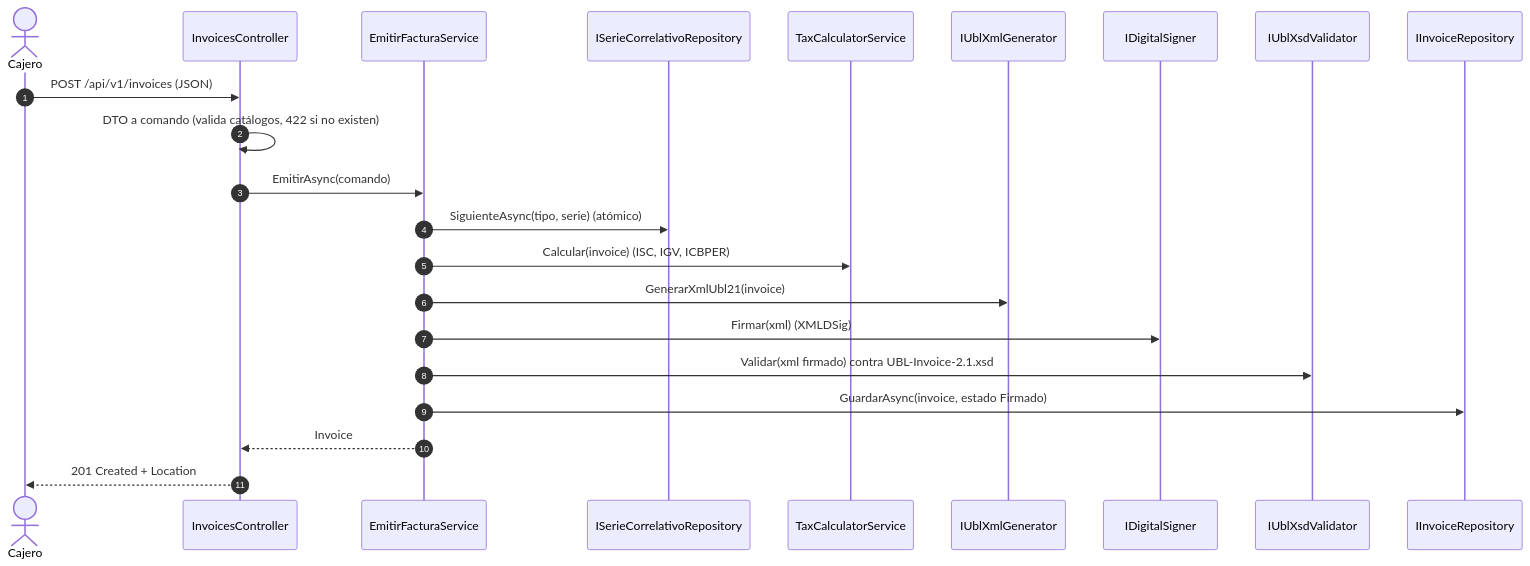
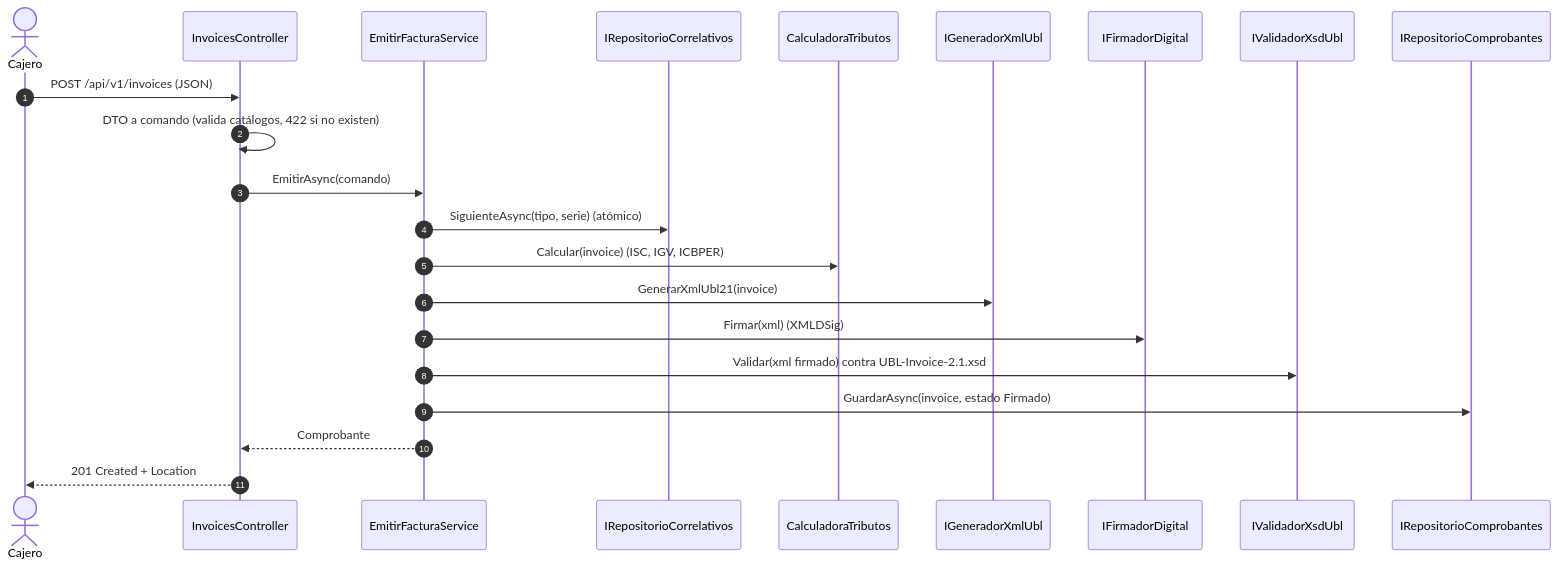
The third of 3 diagrams in ESPECIFICACION_TECNICA_UBL_ABC.md (larzyor/medio_curso_arquitectura), drawn with Mermaid before and after one commit. The commit also changed other lines of this file and 100 other files, not shown here.

````diff
--- a/ESPECIFICACION_TECNICA_UBL_ABC.md
+++ b/ESPECIFICACION_TECNICA_UBL_ABC.md
@@ -411,24 +423,24 @@
 ```mermaid
 sequenceDiagram
     autonumber
     actor Cajero
     participant C as InvoicesController
     participant U as EmitirFacturaService
-    participant S as ISerieCorrelativoRepository
-    participant T as TaxCalculatorService
-    participant G as IUblXmlGenerator
-    participant F as IDigitalSigner
-    participant V as IUblXsdValidator
-    participant R as IInvoiceRepository
+    participant S as IRepositorioCorrelativos
+    participant T as CalculadoraTributos
+    participant G as IGeneradorXmlUbl
+    participant F as IFirmadorDigital
+    participant V as IValidadorXsdUbl
+    participant R as IRepositorioComprobantes
     Cajero->>C: POST /api/v1/invoices (JSON)
     C->>C: DTO a comando (valida catálogos, 422 si no existen)
     C->>U: EmitirAsync(comando)
     U->>S: SiguienteAsync(tipo, serie) (atómico)
     U->>T: Calcular(invoice) (ISC, IGV, ICBPER)
     U->>G: GenerarXmlUbl21(invoice)
     U->>F: Firmar(xml) (XMLDSig)
     U->>V: Validar(xml firmado) contra UBL-Invoice-2.1.xsd
     U->>R: GuardarAsync(invoice, estado Firmado)
-    U-->>C: Invoice
+    U-->>C: Comprobante
     C-->>Cajero: 201 Created + Location
 ```
````
